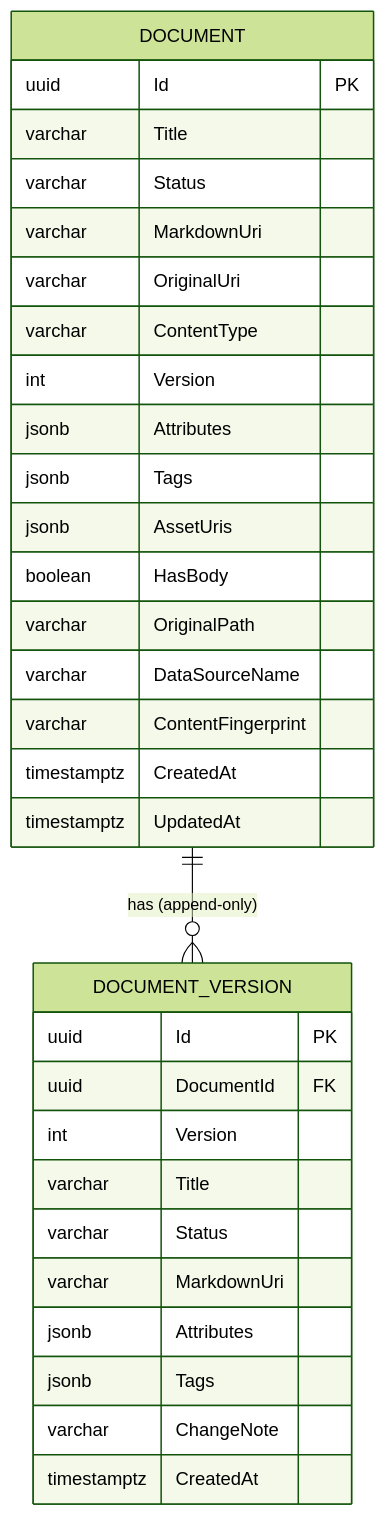
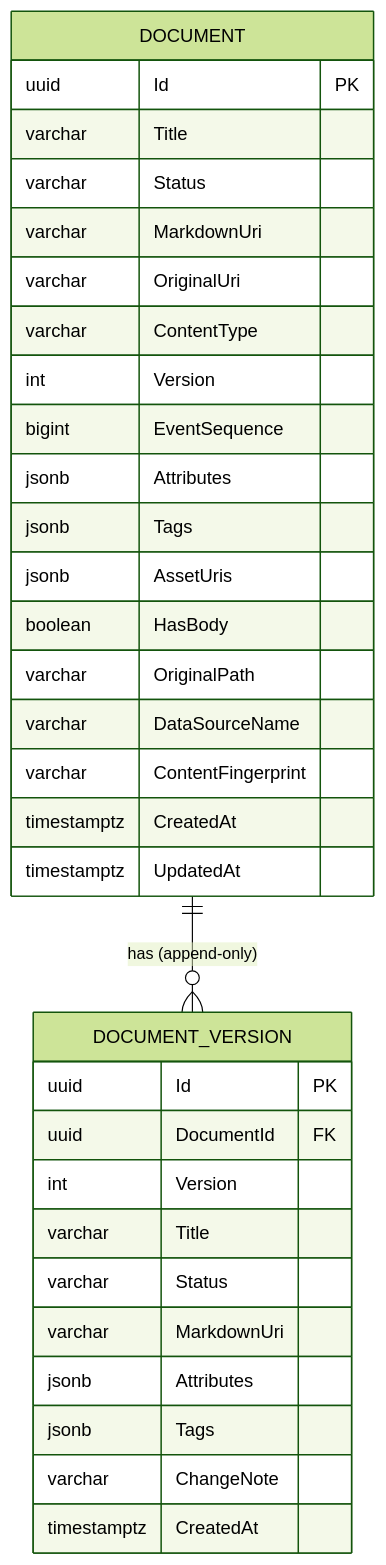
Before and after one commit to endazon/microservices-platform: the diagram in docs/data/document-and-version.md, drawn with Mermaid (forest theme). The commit also changed other lines of this file and 41 other files, not shown here.

````diff
--- a/docs/data/document-and-version.md
+++ b/docs/data/document-and-version.md
@@ -94,34 +95,35 @@
 ```mermaid
 erDiagram
     DOCUMENT ||--o{ DOCUMENT_VERSION : "has (append-only)"
     DOCUMENT {
         uuid Id PK
         varchar Title
         varchar Status
         varchar MarkdownUri
         varchar OriginalUri
         varchar ContentType
         int Version
+        bigint EventSequence
         jsonb Attributes
         jsonb Tags
         jsonb AssetUris
         boolean HasBody
         varchar OriginalPath
         varchar DataSourceName
         varchar ContentFingerprint
         timestamptz CreatedAt
         timestamptz UpdatedAt
     }
     DOCUMENT_VERSION {
         uuid Id PK
         uuid DocumentId FK
         int Version
         varchar Title
         varchar Status
         varchar MarkdownUri
         jsonb Attributes
         jsonb Tags
         varchar ChangeNote
         timestamptz CreatedAt
     }
 ```
````
